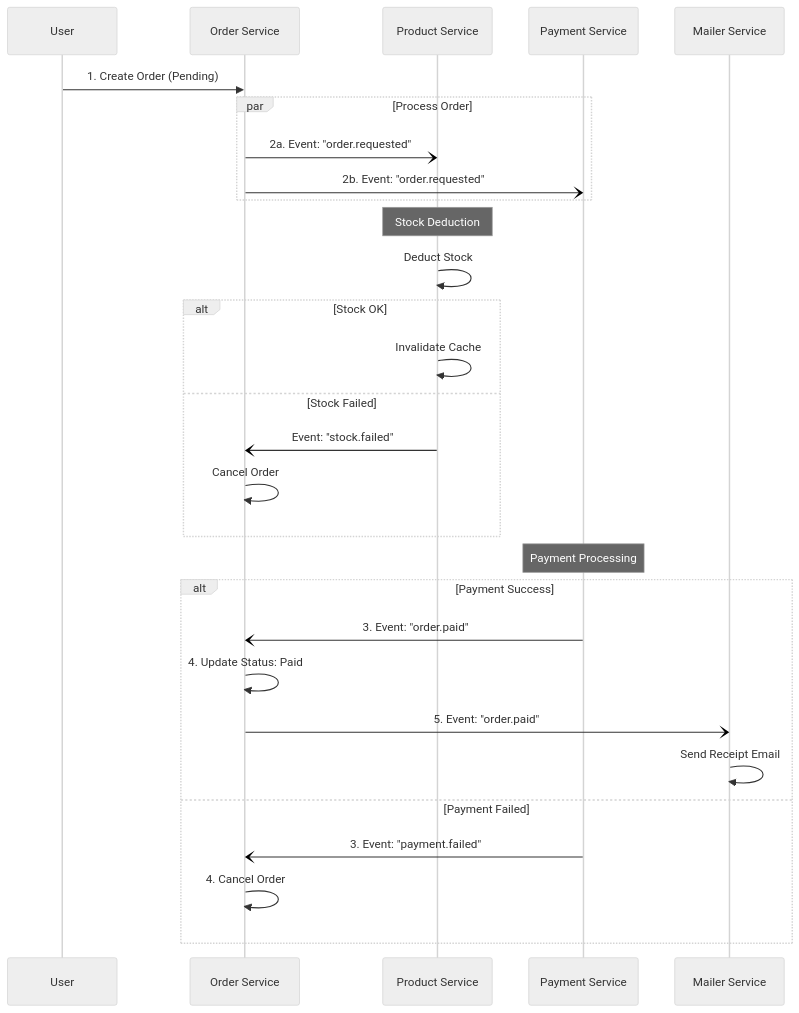
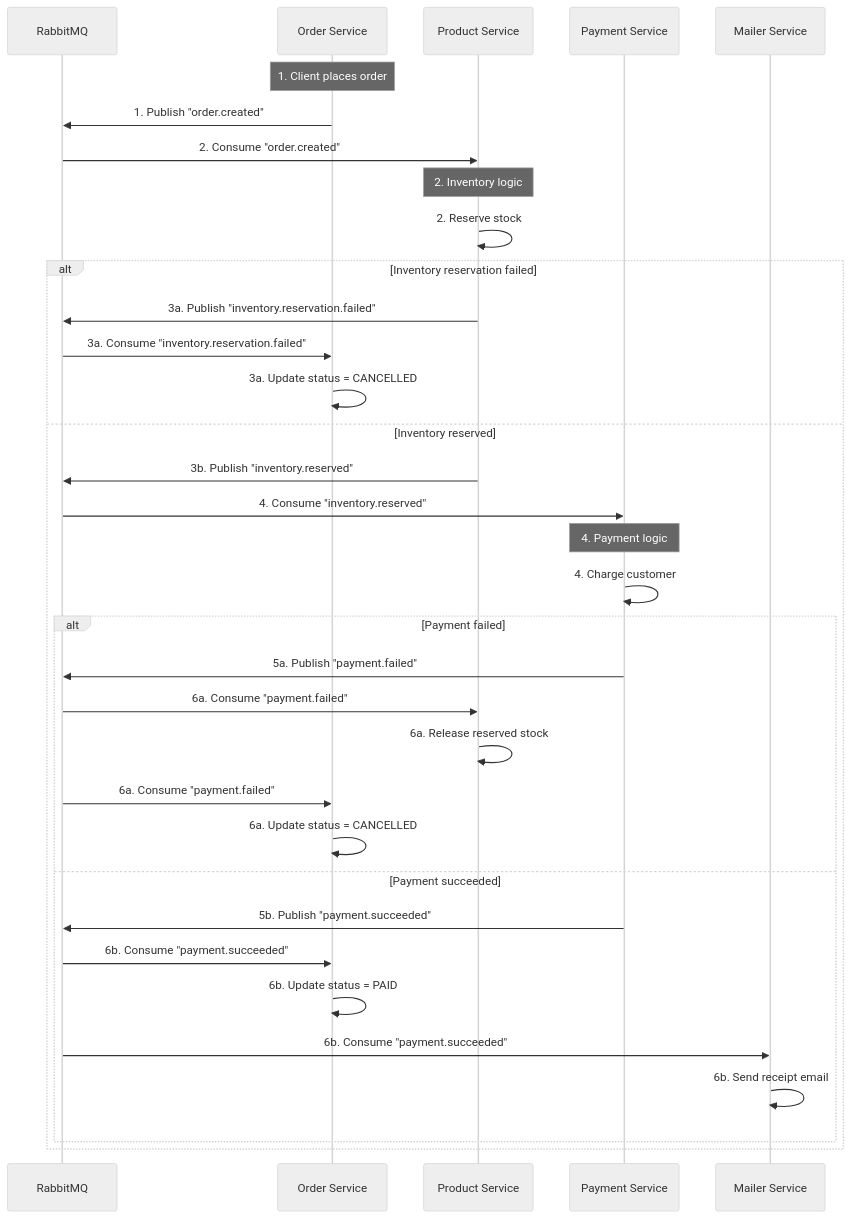
Before and after one commit to phanthehoang2503/small-project-service: the second of 2 diagrams in README.md, drawn with Mermaid (neutral theme). The commit also changed other lines of this file, not shown here.

Commit message:
update graph

````diff
--- a/README.md
+++ b/README.md
@@ -13,35 +38,45 @@
 ```mermaid
 sequenceDiagram
-    participant User
+    participant Queue as RabbitMQ
     participant Order as Order Service
     participant Product as Product Service
     participant Payment as Payment Service
     participant Mailer as Mailer Service
-    
-    User->>Order: 1. Create Order (Pending)
-    
-    par Process Order
-        Order-)Product: 2a. Event: "order.requested"
-        Order-)Payment: 2b. Event: "order.requested"
-    end
-    
-    Note over Product: Stock Deduction
-    Product->>Product: Deduct Stock
-    alt Stock OK
-        Product->>Product: Invalidate Cache
-    else Stock Failed
-        Product-)Order: Event: "stock.failed"
-        Order->>Order: Cancel Order
-    end
 
-    Note over Payment: Payment Processing
-    alt Payment Success
-        Payment-)Order: 3. Event: "order.paid"
-        Order->>Order: 4. Update Status: Paid
-        Order-)Mailer: 5. Event: "order.paid"
-        Mailer->>Mailer: Send Receipt Email
-    else Payment Failed
-        Payment-)Order: 3. Event: "payment.failed"
-        Order->>Order: 4. Cancel Order
+    Note over Order: 1. Client places order
+    Order->>Queue: 1. Publish "order.created"
+
+    Queue->>Product: 2. Consume "order.created"
+    Note over Product: 2. Inventory logic
+    Product->>Product: 2. Reserve stock
+
+    alt Inventory reservation failed
+        Product->>Queue: 3a. Publish "inventory.reservation.failed"
+        Queue->>Order: 3a. Consume "inventory.reservation.failed"
+        Order->>Order: 3a. Update status = CANCELLED
+    else Inventory reserved
+        Product->>Queue: 3b. Publish "inventory.reserved"
+
+        Queue->>Payment: 4. Consume "inventory.reserved"
+        Note over Payment: 4. Payment logic
+        Payment->>Payment: 4. Charge customer
+
+        alt Payment failed
+            Payment->>Queue: 5a. Publish "payment.failed"
+
+            Queue->>Product: 6a. Consume "payment.failed"
+            Product->>Product: 6a. Release reserved stock
+
+            Queue->>Order: 6a. Consume "payment.failed"
+            Order->>Order: 6a. Update status = CANCELLED
+        else Payment succeeded
+            Payment->>Queue: 5b. Publish "payment.succeeded"
+
+            Queue->>Order: 6b. Consume "payment.succeeded"
+            Order->>Order: 6b. Update status = PAID
+
+            Queue->>Mailer: 6b. Consume "payment.succeeded"
+            Mailer->>Mailer: 6b. Send receipt email
+        end
     end
 ```
````
